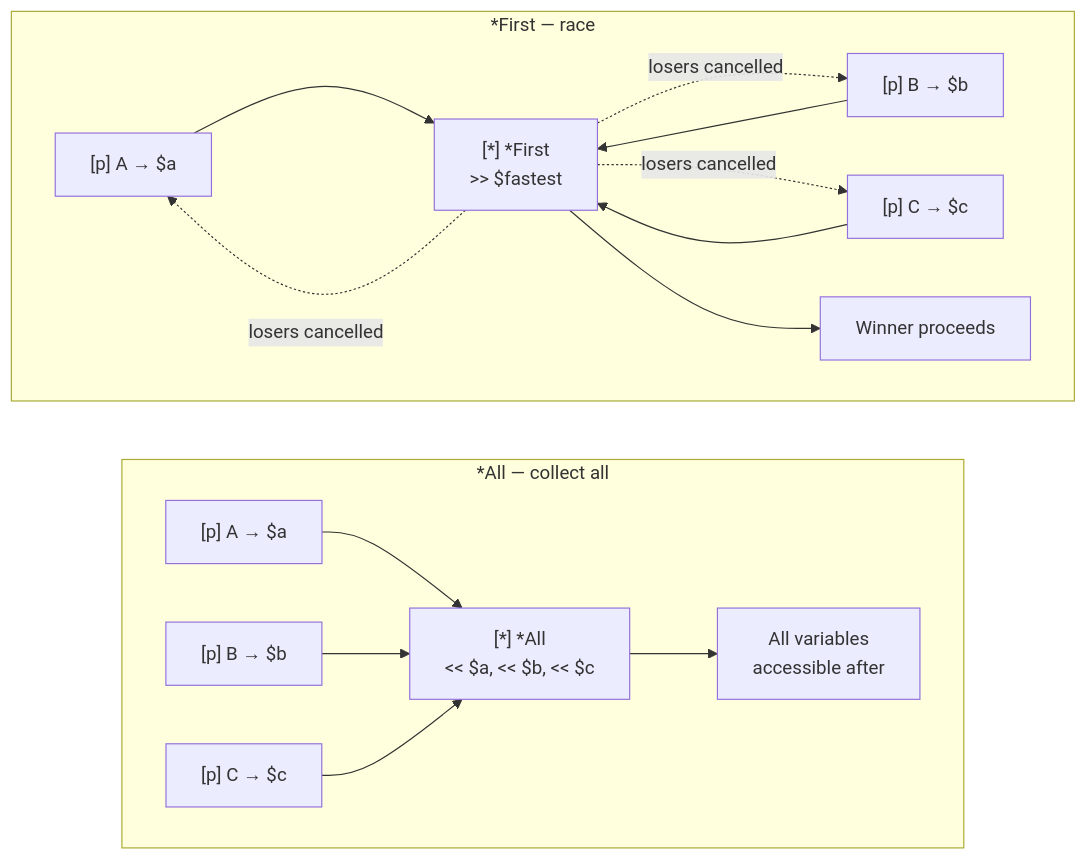
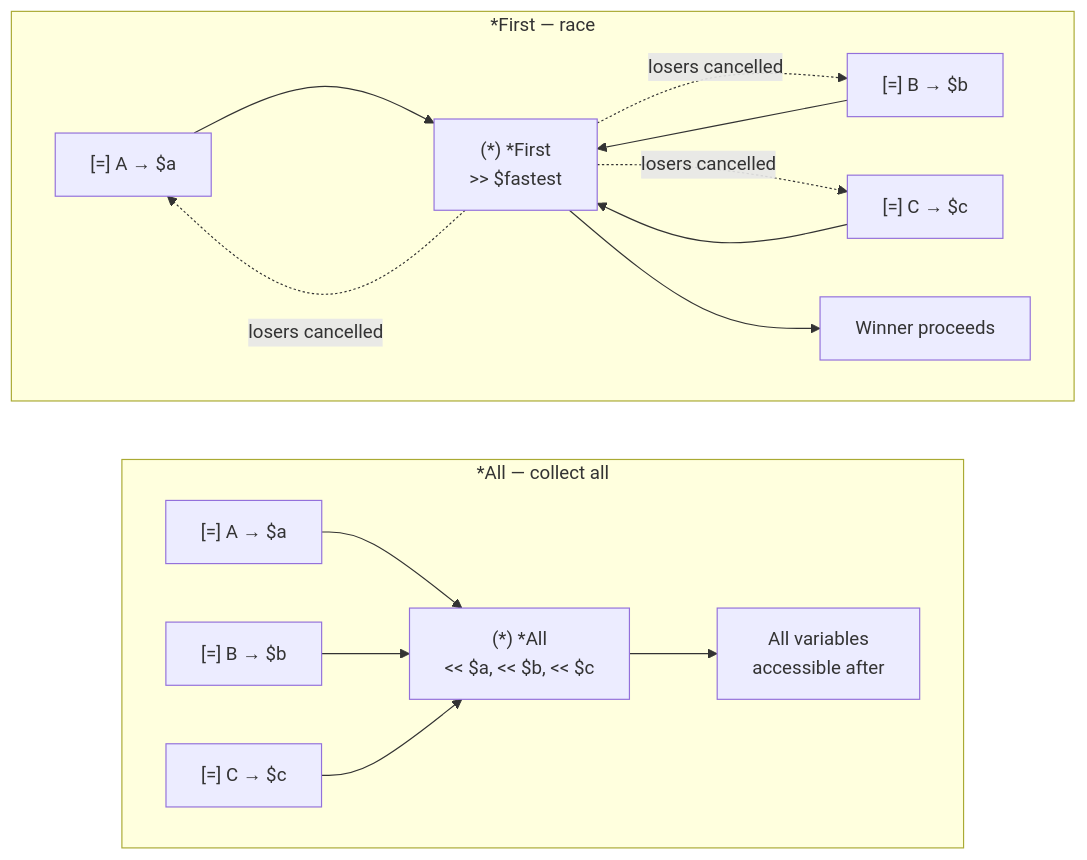
Before and after one commit to hasan-alj88/Polyglot: the second of 2 diagrams in docs/user/concepts/collections/collect.md, drawn with Mermaid. The commit also changed other lines of this file and 356 other files, not shown here.

````diff
--- a/docs/user/concepts/collections/collect.md
+++ b/docs/user/concepts/collections/collect.md
@@ -68,33 +68,33 @@
 ```mermaid
 flowchart LR
     subgraph sync ["*All — collect all"]
         direction LR
-        PA["[p] A → $a"]
-        PB["[p] B → $b"]
-        PC["[p] C → $c"]
-        ALL["[*] *All\n<< $a, << $b, << $c"]
+        PA["[=] A → $a"]
+        PB["[=] B → $b"]
+        PC["[=] C → $c"]
+        ALL["(*) *All\n<< $a, << $b, << $c"]
         AFTER["All variables\naccessible after"]
 
         PA --> ALL
         PB --> ALL
         PC --> ALL
         ALL --> AFTER
     end
 
     subgraph race ["*First — race"]
         direction LR
-        RA["[p] A → $a"]
-        RB["[p] B → $b"]
-        RC["[p] C → $c"]
-        FIRST["[*] *First\n>> $fastest"]
+        RA["[=] A → $a"]
+        RB["[=] B → $b"]
+        RC["[=] C → $c"]
+        FIRST["(*) *First\n>> $fastest"]
         WIN["Winner proceeds"]
 
         RA --> FIRST
         RB --> FIRST
         RC --> FIRST
         FIRST --> WIN
         FIRST -.->|losers cancelled| RA
         FIRST -.->|losers cancelled| RB
         FIRST -.->|losers cancelled| RC
     end
 ```
````
